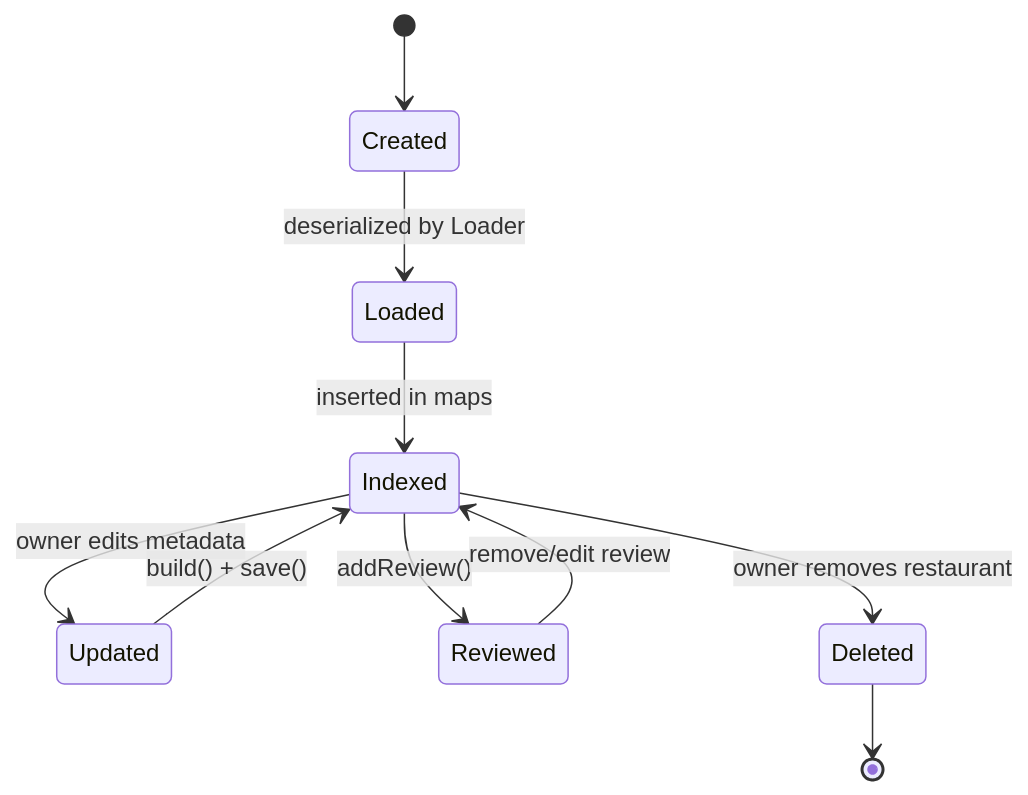
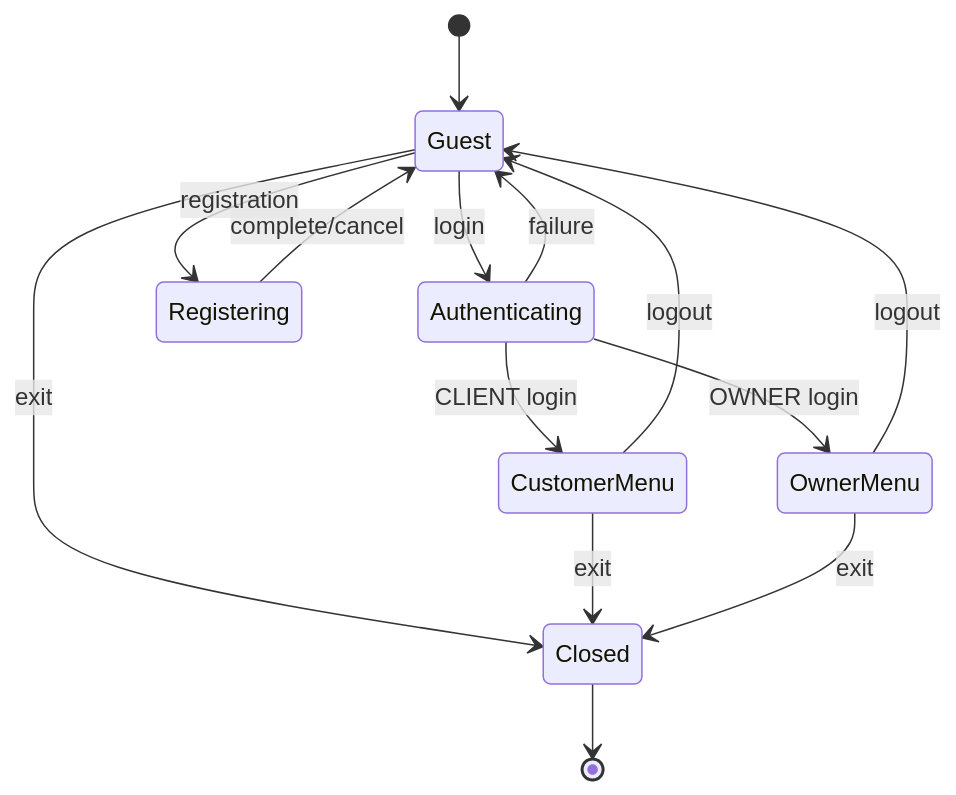
Before and after one commit to lcavagnari/TheKnifeProject_B: the sixth of 10 diagrams in docs/TECHNICAL_DOCUMENTATION.md, drawn with Mermaid. The commit also changed other lines of this file, not shown here.

````diff
--- a/docs/TECHNICAL_DOCUMENTATION.md
+++ b/docs/TECHNICAL_DOCUMENTATION.md
@@ -188,12 +342,16 @@
 ```mermaid
 stateDiagram-v2
-    [*] --> Created
-    Created --> Loaded: deserialized by Loader
-    Loaded --> Indexed: inserted in maps
-    Indexed --> Updated: owner edits metadata
-    Indexed --> Reviewed: addReview()
-    Reviewed --> Indexed: remove/edit review
-    Updated --> Indexed: build() + save()
-    Indexed --> Deleted: owner removes restaurant
-    Deleted --> [*]
+    [*] --> Guest
+    Guest --> Authenticating: login
+    Guest --> Registering: registration
+    Registering --> Guest: complete/cancel
+    Authenticating --> CustomerMenu: CLIENT login
+    Authenticating --> OwnerMenu: OWNER login
+    Authenticating --> Guest: failure
+    CustomerMenu --> Guest: logout
+    OwnerMenu --> Guest: logout
+    Guest --> Closed: exit
+    CustomerMenu --> Closed: exit
+    OwnerMenu --> Closed: exit
+    Closed --> [*]
 ```
````
